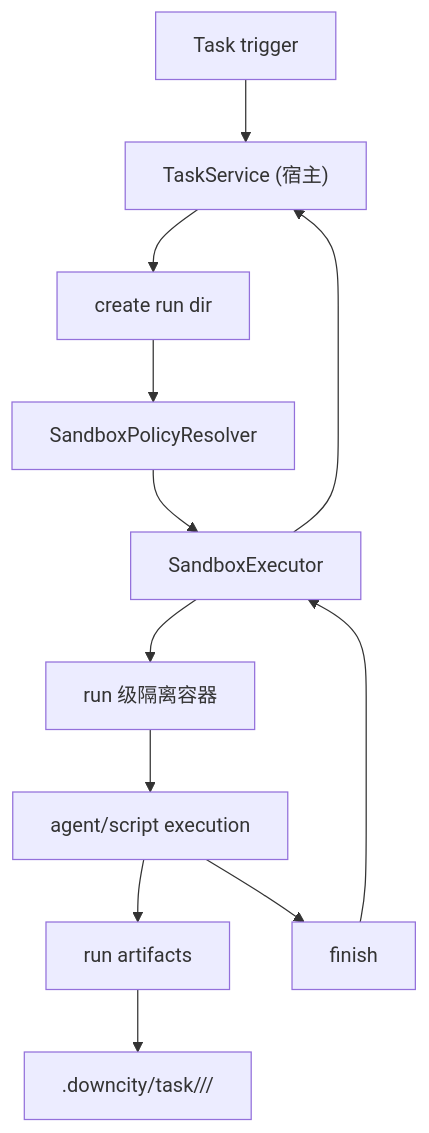
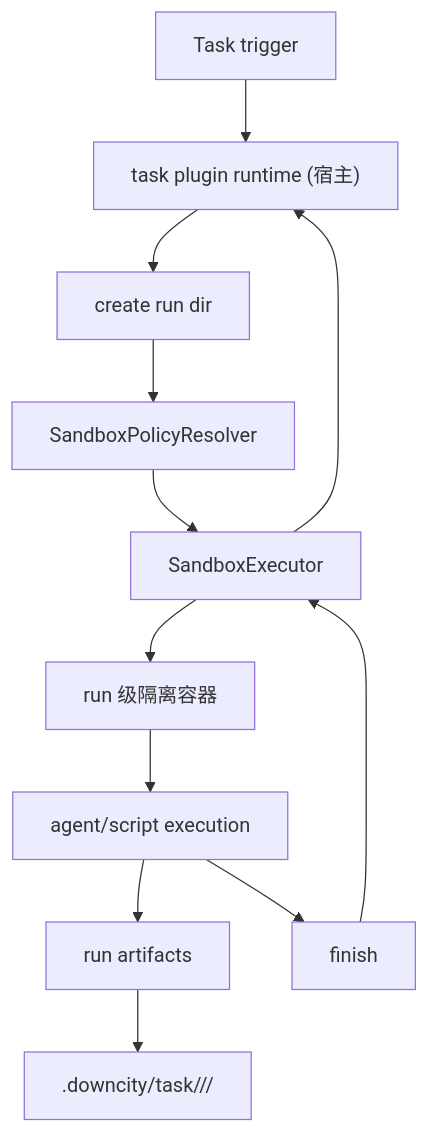
Before and after one commit to wangenius/downcity: the second of 2 diagrams in homepage/content/devdocs/zh/package/session-sandbox-execution.mdx, drawn with Mermaid. The commit also changed other lines of this file and 433 other files, not shown here.

Commit message:
refactor(agent,city): unify plugin-session architecture

````diff
--- a/homepage/content/devdocs/zh/package/session-sandbox-execution.mdx
+++ b/homepage/content/devdocs/zh/package/session-sandbox-execution.mdx
@@ -290,14 +290,14 @@
 ```mermaid
 flowchart TD
-  T["Task trigger"] --> TS["TaskService (宿主)"]
+  T["Task trigger"] --> TS["task plugin runtime (宿主)"]
   TS --> R["create run dir"]
   R --> P["SandboxPolicyResolver"]
   P --> X["SandboxExecutor"]
   X --> C["run 级隔离容器"]
   C --> G["agent/script execution"]
   G --> A["run artifacts"]
   A --> D[".downcity/task/<taskId>/<runId>/"]
   G --> F["finish"]
   F --> X
   X --> TS
 ```
````
